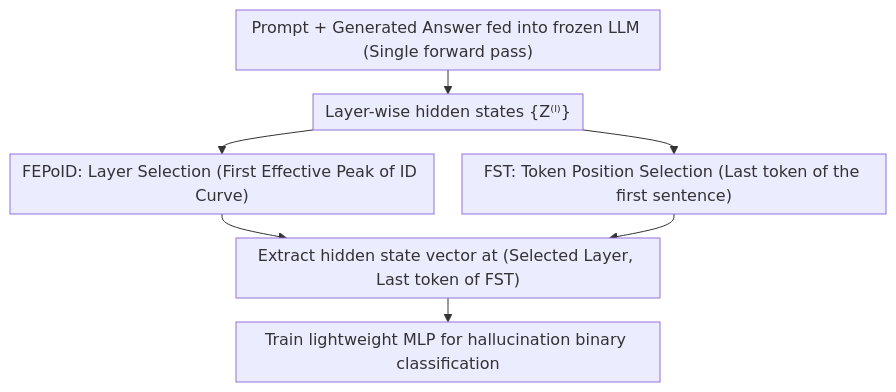
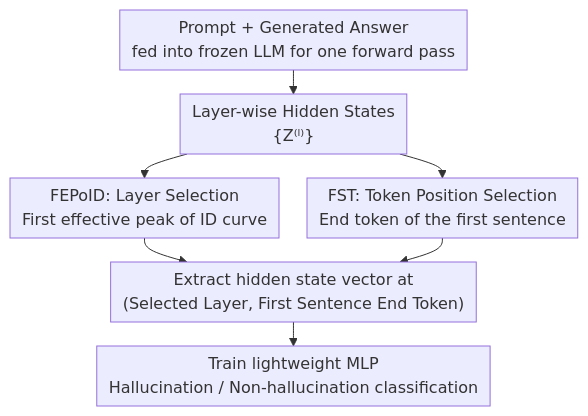
The diagram in docs/ICML2026/hallucination/automatic_layer_selection_for_hallucination_detection.md (zhaoyang97/Paper-Notes-en), drawn with Mermaid before and after one commit. The commit also changed other lines of this file and 5084 other files, not shown here.

````diff
--- a/docs/ICML2026/hallucination/automatic_layer_selection_for_hallucination_detection.md
+++ b/docs/ICML2026/hallucination/automatic_layer_selection_for_hallucination_detection.md
@@ -44,10 +44,10 @@
 ```mermaid
 %%{init: {'flowchart': {'rankSpacing': 24, 'nodeSpacing': 28, 'padding': 6, 'wrappingWidth': 400}}}%%
 flowchart TD
-    A["Prompt + Generated Answer fed into frozen LLM (Single forward pass)"] --> B["Layer-wise hidden states {Z⁽ˡ⁾}"]
-    B --> C["FEPoID: Layer Selection (First Effective Peak of ID Curve)"]
-    B --> D["FST: Token Position Selection (Last token of the first sentence)"]
-    C --> E["Extract hidden state vector at (Selected Layer, Last token of FST)"]
+    A["Prompt + Generated Answer<br/>fed into frozen LLM for one forward pass"] --> B["Layer-wise Hidden States<br/>{Z⁽ˡ⁾}"]
+    B --> C["FEPoID: Layer Selection<br/>First effective peak of ID curve"]
+    B --> D["FST: Token Position Selection<br/>End token of the first sentence"]
+    C --> E["Extract hidden state vector at<br/>(Selected Layer, First Sentence End Token)"]
     D --> E
-    E --> F["Train lightweight MLP for hallucination binary classification"]
+    E --> F["Train lightweight MLP<br/>Hallucination / Non-hallucination classification"]
 ```
````
